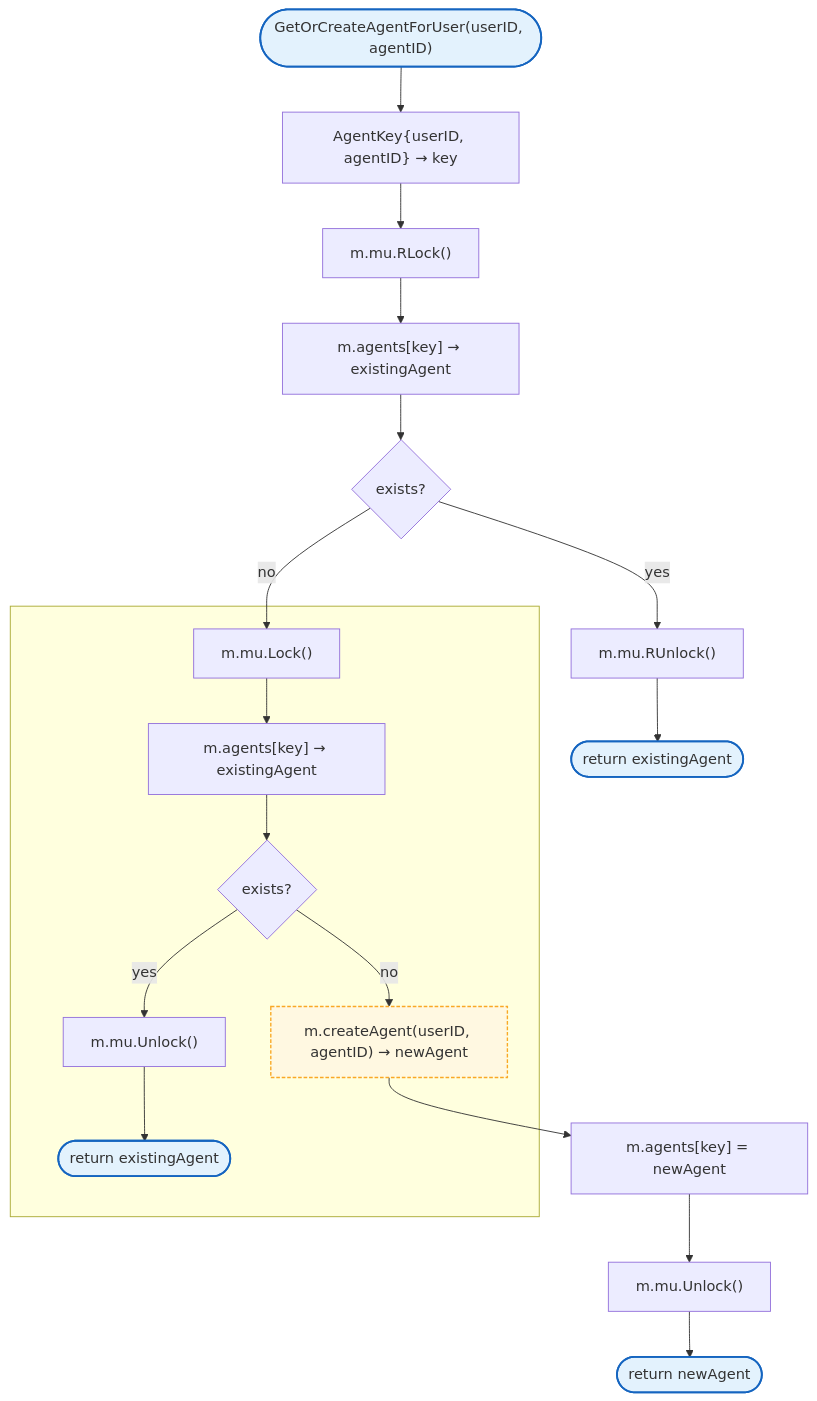
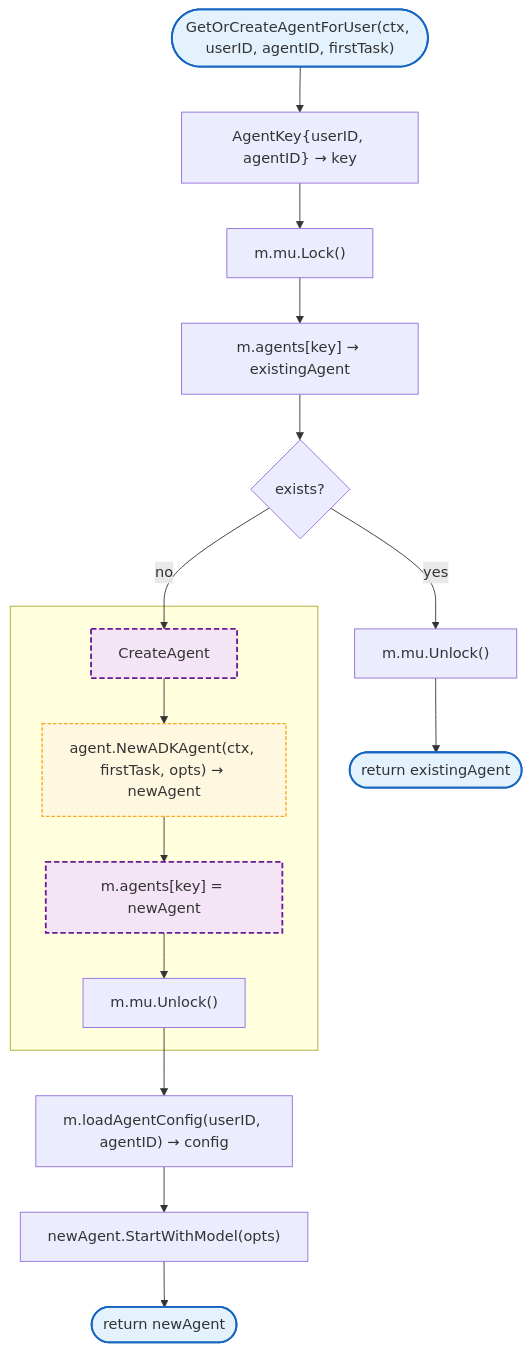
The tenth of 12 diagrams in docs/internal/websocket.md (radch-ai/ava), drawn with Mermaid before and after one commit. The commit also changed other lines of this file and 38 other files, not shown here.

First line of the commit message:
refactor: consolidate agent package into ADKAgent

````diff
--- a/docs/internal/websocket.md
+++ b/docs/internal/websocket.md
@@ -435,31 +414,30 @@
 ```mermaid
 flowchart TB
-    Start(["GetOrCreateAgentForUser(userID, agentID)"]) --> MakeKey["AgentKey{userID, agentID} → key"]
-    MakeKey --> RLock["m.mu.RLock()"]
-    RLock --> GetExisting["m.agents[key] → existingAgent"]
+    Start(["GetOrCreateAgentForUser(ctx, userID, agentID, firstTask)"]) --> MakeKey["AgentKey{userID, agentID} → key"]
+    MakeKey --> Lock["m.mu.Lock()"]
+    Lock --> GetExisting["m.agents[key] → existingAgent"]
     GetExisting --> CheckExists{exists?}
-    CheckExists -->|yes| RUnlock["m.mu.RUnlock()"]
-    RUnlock --> ReturnExisting(["return existingAgent"])
-    CheckExists -->|no| Lock["m.mu.Lock()"]
+    CheckExists -->|yes| Unlock["m.mu.Unlock()"]
+    Unlock --> ReturnExisting(["return existingAgent"])
+    CheckExists -->|no| CreateAgent
 
-    subgraph SGDoubleCheck [" "]
-        Lock --> DoubleCheck["m.agents[key] → existingAgent"]
-        DoubleCheck --> CheckDouble{exists?}
-        CheckDouble -->|yes| Unlock2["m.mu.Unlock()"]
-        Unlock2 --> ReturnDouble(["return existingAgent"])
-        CheckDouble -->|no| CreateAgent["m.createAgent(userID, agentID) → newAgent"]
+    subgraph SGCreateAgent [" "]
+        CreateAgent --> NewAgent["agent.NewADKAgent(ctx, firstTask, opts) → newAgent"]
+        NewAgent --> StoreAgent["m.agents[key] = newAgent"]
+        StoreAgent --> Unlock2["m.mu.Unlock()"]
     end
 
-    CreateAgent --> StoreAgent["m.agents[key] = newAgent"]
-    StoreAgent --> Unlock3["m.mu.Unlock()"]
-    Unlock3 --> ReturnNew(["return newAgent"])
+    Unlock2 --> LoadConfig["m.loadAgentConfig(userID, agentID) → config"]
+    LoadConfig --> StartModel["newAgent.StartWithModel(opts)"]
+    StartModel --> ReturnNew(["return newAgent"])
 
-    click CreateAgent href "#createAgent"
+    click NewAgent href "../agent/README.md#NewADKAgent"
 
     classDef mainFn fill:#e3f2fd,stroke:#1565c0,stroke-width:2px
     classDef internalFn fill:#f3e5f5,stroke:#6a1b9a,stroke-width:2px,stroke-dasharray:6 3
     classDef localPkgs fill:#fff8e1,stroke:#f9a825,stroke-width:1.5px,stroke-dasharray:4 2
 
-    class Start,ReturnExisting,ReturnDouble,ReturnNew mainFn
-    class CreateAgent localPkgs
+    class Start,ReturnExisting,ReturnNew mainFn
+    class NewAgent localPkgs
+    class CreateAgent,StoreAgent internalFn
 ```
````
